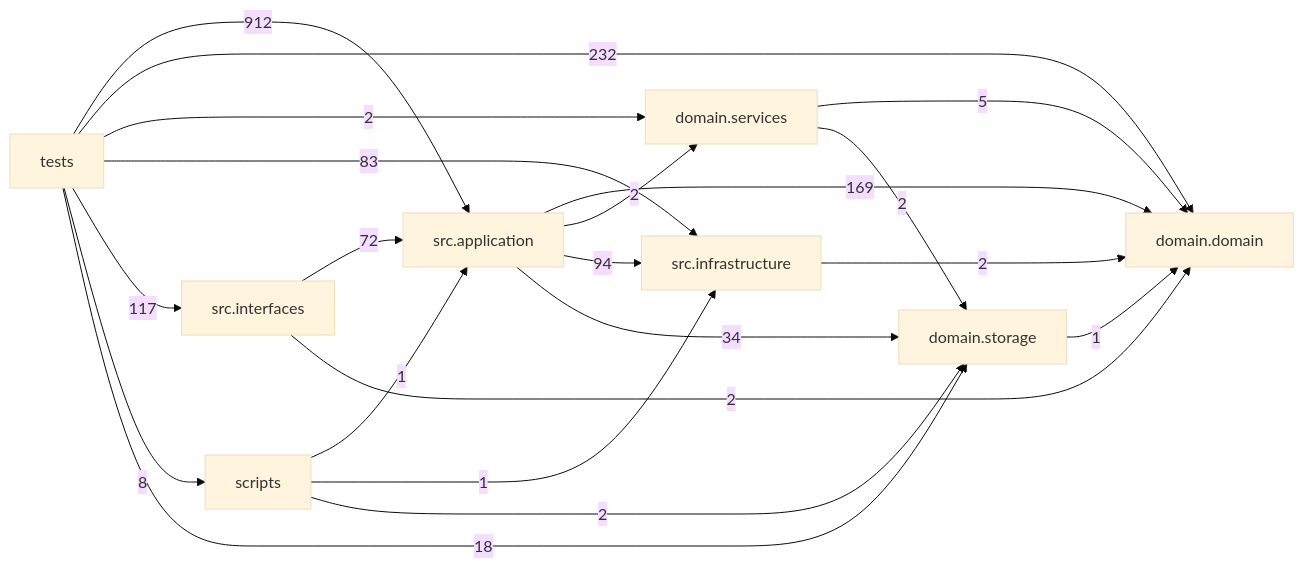
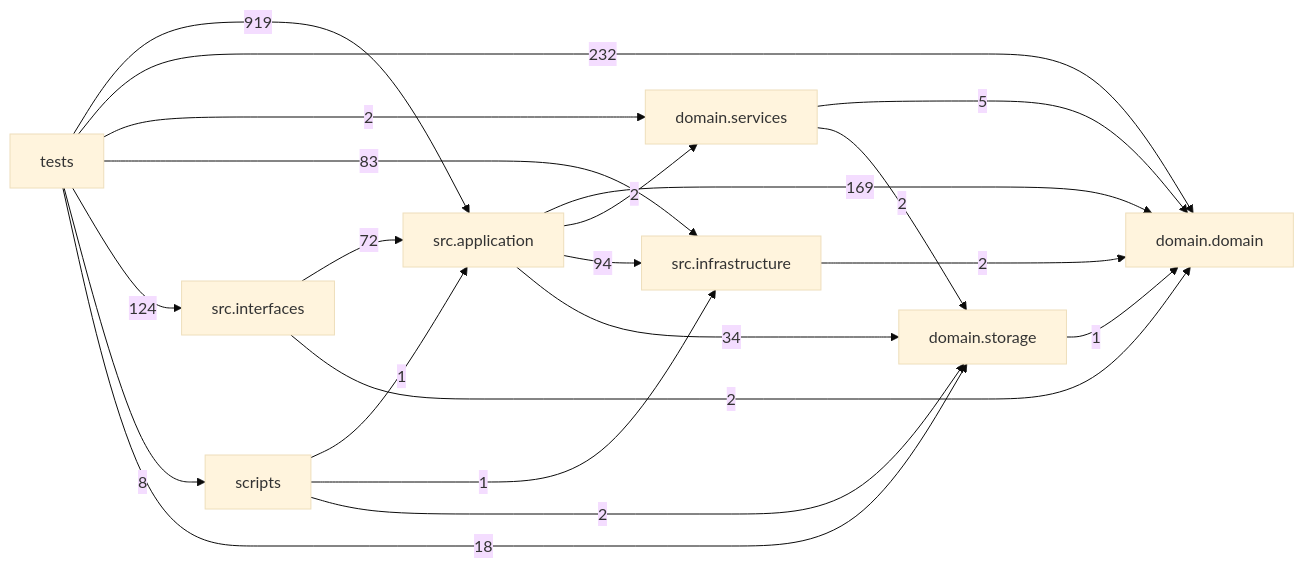
The diagram in docs/DEPENDENCY_GRAPH.md (liuxie066/options-monitor), drawn with Mermaid (base theme) before and after one commit. The commit also changed other lines of this file and 15 other files, not shown here.

````diff
--- a/docs/DEPENDENCY_GRAPH.md
+++ b/docs/DEPENDENCY_GRAPH.md
@@ -24,31 +24,31 @@
 ```mermaid
 flowchart LR
   tests["tests"]
   scripts["scripts"]
   interfaces["src.interfaces"]
   application["src.application"]
   infrastructure["src.infrastructure"]
   domain_services["domain.services"]
   domain["domain.domain"]
   storage["domain.storage"]
   application -->|169| domain
   application -->|2| domain_services
   application -->|94| infrastructure
   application -->|34| storage
   domain_services -->|5| domain
   domain_services -->|2| storage
   infrastructure -->|2| domain
   interfaces -->|72| application
   interfaces -->|2| domain
   scripts -->|1| application
   scripts -->|1| infrastructure
   scripts -->|2| storage
   storage -->|1| domain
-  tests -->|912| application
+  tests -->|919| application
   tests -->|232| domain
   tests -->|2| domain_services
   tests -->|83| infrastructure
-  tests -->|117| interfaces
+  tests -->|124| interfaces
   tests -->|8| scripts
   tests -->|18| storage
 ```
````
